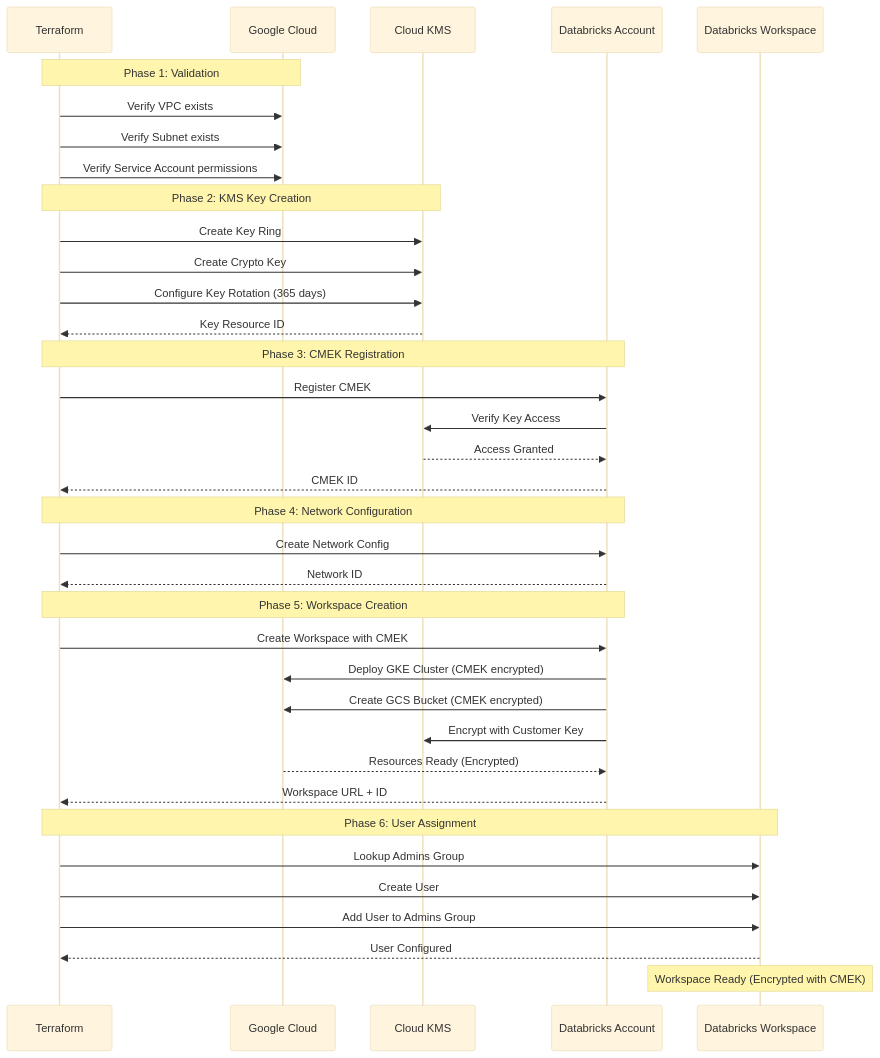
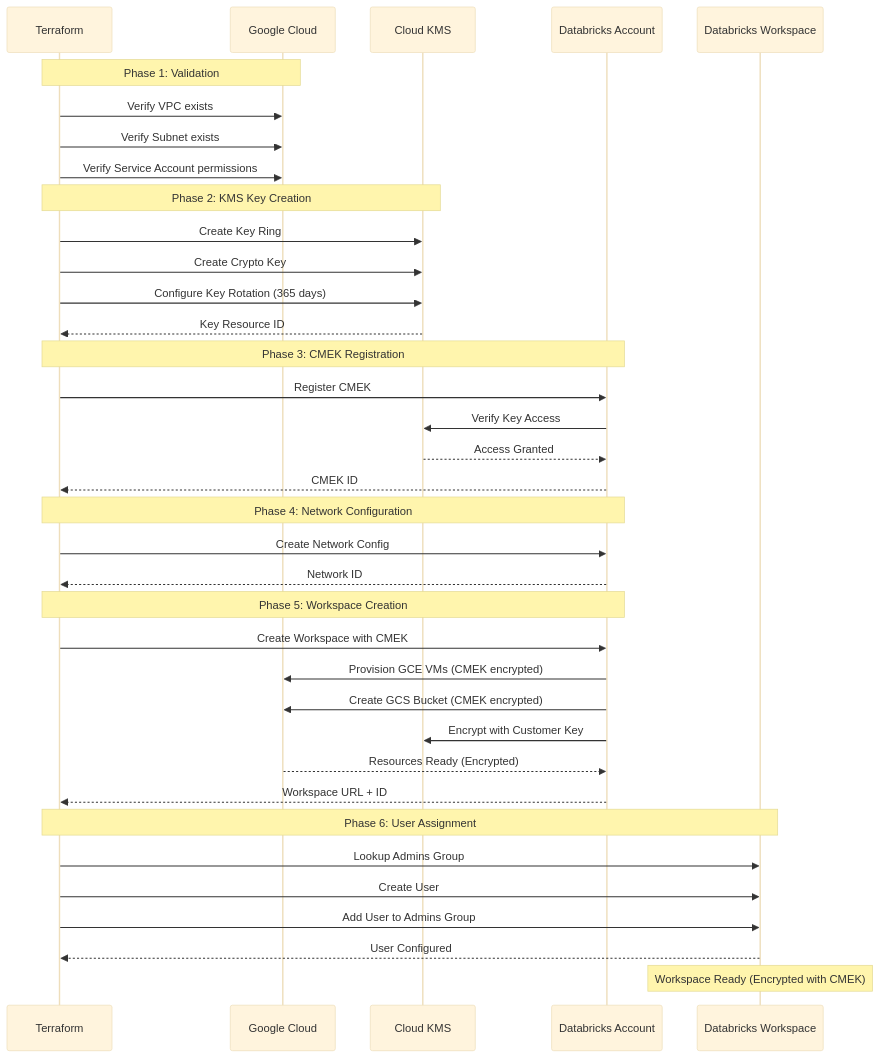
Before and after one commit to bhavink/databricks: the third of 3 diagrams in gcpdb4u/templates/terraform-scripts/byovpc-cmek-ws/README.md, drawn with Mermaid (base theme). The commit also changed other lines of this file and 11 other files, not shown here.

First line of the commit message:
docs(gcpdb4u): remove GKE refs; classic compute is now GCE-based

````diff
--- a/gcpdb4u/templates/terraform-scripts/byovpc-cmek-ws/README.md
+++ b/gcpdb4u/templates/terraform-scripts/byovpc-cmek-ws/README.md
@@ -593,45 +590,45 @@
 ```mermaid
 sequenceDiagram
     participant TF as Terraform
     participant GCP as Google Cloud
     participant KMS as Cloud KMS
     participant DB_ACC as Databricks Account
     participant DB_WS as Databricks Workspace
 
     Note over TF,GCP: Phase 1: Validation
     TF->>GCP: Verify VPC exists
     TF->>GCP: Verify Subnet exists
     TF->>GCP: Verify Service Account permissions
 
     Note over TF,KMS: Phase 2: KMS Key Creation
     TF->>KMS: Create Key Ring
     TF->>KMS: Create Crypto Key
     TF->>KMS: Configure Key Rotation (365 days)
     KMS-->>TF: Key Resource ID
 
     Note over TF,DB_ACC: Phase 3: CMEK Registration
     TF->>DB_ACC: Register CMEK
     DB_ACC->>KMS: Verify Key Access
     KMS-->>DB_ACC: Access Granted
     DB_ACC-->>TF: CMEK ID
 
     Note over TF,DB_ACC: Phase 4: Network Configuration
     TF->>DB_ACC: Create Network Config
     DB_ACC-->>TF: Network ID
 
     Note over TF,DB_ACC: Phase 5: Workspace Creation
     TF->>DB_ACC: Create Workspace with CMEK
-    DB_ACC->>GCP: Deploy GKE Cluster (CMEK encrypted)
+    DB_ACC->>GCP: Provision GCE VMs (CMEK encrypted)
     DB_ACC->>GCP: Create GCS Bucket (CMEK encrypted)
     DB_ACC->>KMS: Encrypt with Customer Key
     GCP-->>DB_ACC: Resources Ready (Encrypted)
     DB_ACC-->>TF: Workspace URL + ID
 
     Note over TF,DB_WS: Phase 6: User Assignment
     TF->>DB_WS: Lookup Admins Group
     TF->>DB_WS: Create User
     TF->>DB_WS: Add User to Admins Group
     DB_WS-->>TF: User Configured
 
     Note over DB_WS: Workspace Ready (Encrypted with CMEK)
 ```
````
